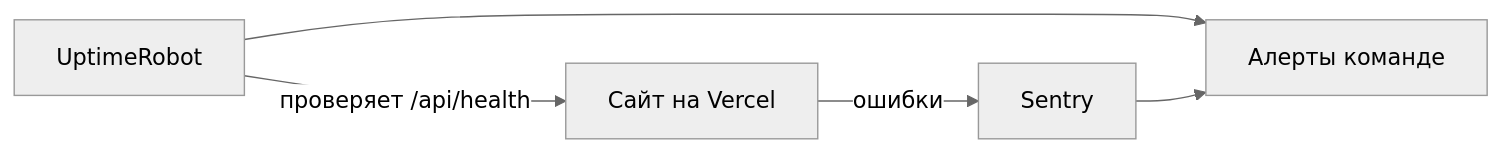
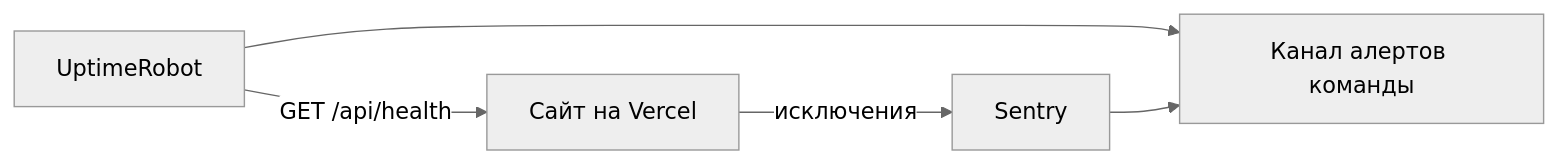
The second of 2 diagrams in README.md (neojelll/codenzo-test-task), drawn with Mermaid (neutral theme) before and after one commit. The commit also changed other lines of this file, not shown here.

````diff
--- a/README.md
+++ b/README.md
@@ -64,7 +64,7 @@
 ```mermaid
 flowchart LR
-    U[UptimeRobot] -->|проверяет /api/health| APP[Сайт на Vercel]
-    APP -->|ошибки| SE[Sentry]
-    U --> A[Алерты команде]
+    U[UptimeRobot] -->|GET /api/health| APP[Сайт на Vercel]
+    APP -->|исключения| SE[Sentry]
+    U --> A[Канал алертов команды]
     SE --> A
 ```
````
